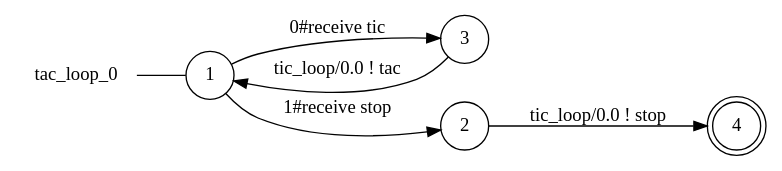
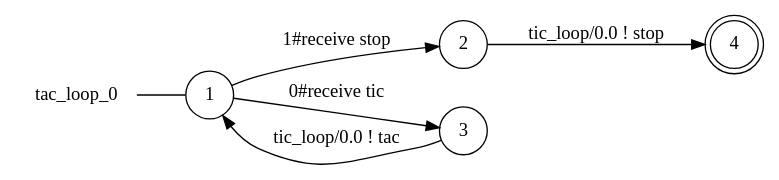
One commit to gabrielegenovese/chorer changed the diagram in examples/ticktackloop/tac_loop_0_local_view.dot. Above: the diagram before and after it, drawn with Graphviz. The commit also changed 95 other files, not shown here.

Commit message:
tiny refactor db and settings module created minimize done only on graph saving globalview  now supports epsilon transitions

```diff
--- a/examples/ticktackloop/tac_loop_0_local_view.dot
+++ b/examples/ticktackloop/tac_loop_0_local_view.dot
@@ -1,14 +1,14 @@
 digraph tac_loop_0 {
 	rankdir="LR";
 	n_0 [label="tac_loop_0", shape="plaintext"];
 	n_1 [id="1", shape=circle, label="1"];
 	n_0 -> n_1 [arrowhead=none];
-	n_2 [id="2", shape=circle, label="3"];
-	n_3 [id="4", shape=doublecircle, label="4"];
-	n_4 [id="3", shape=circle, label="2"];
+	n_2 [id="4", shape=doublecircle, label="4"];
+	n_3 [id="3", shape=circle, label="2"];
+	n_4 [id="2", shape=circle, label="3"];
 
-	n_4 -> n_3 [id="[$e|2]", label="tic_loop/0.0 ! stop"];
-	n_1 -> n_2 [id="[$e|3]", label="0#receive tic"];
-	n_2 -> n_1 [id="[$e|6]", label="tic_loop/0.0 ! tac"];
-	n_1 -> n_4 [id="[$e|1]", label="1#receive stop"];
+	n_3 -> n_2 [id="[$e|2]", label="tic_loop/0.0 ! stop"];
+	n_1 -> n_4 [id="[$e|3]", label="0#receive tic"];
+	n_1 -> n_3 [id="[$e|1]", label="1#receive stop"];
+	n_4 -> n_1 [id="[$e|6]", label="tic_loop/0.0 ! tac"];
 }
```
